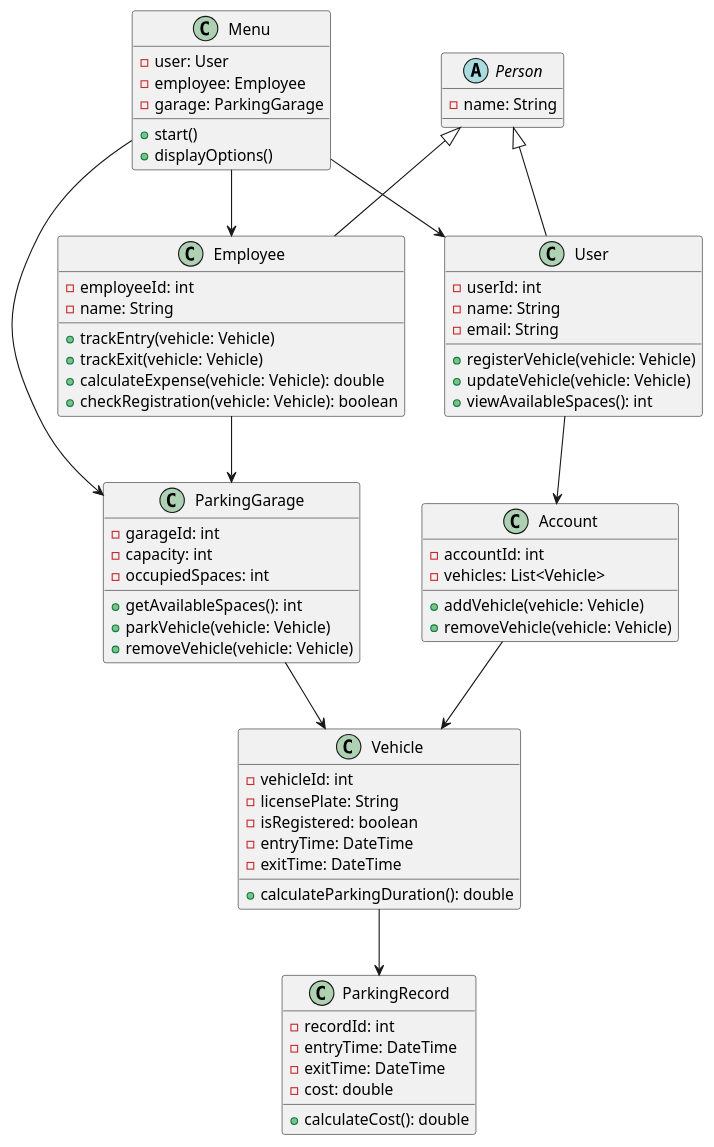
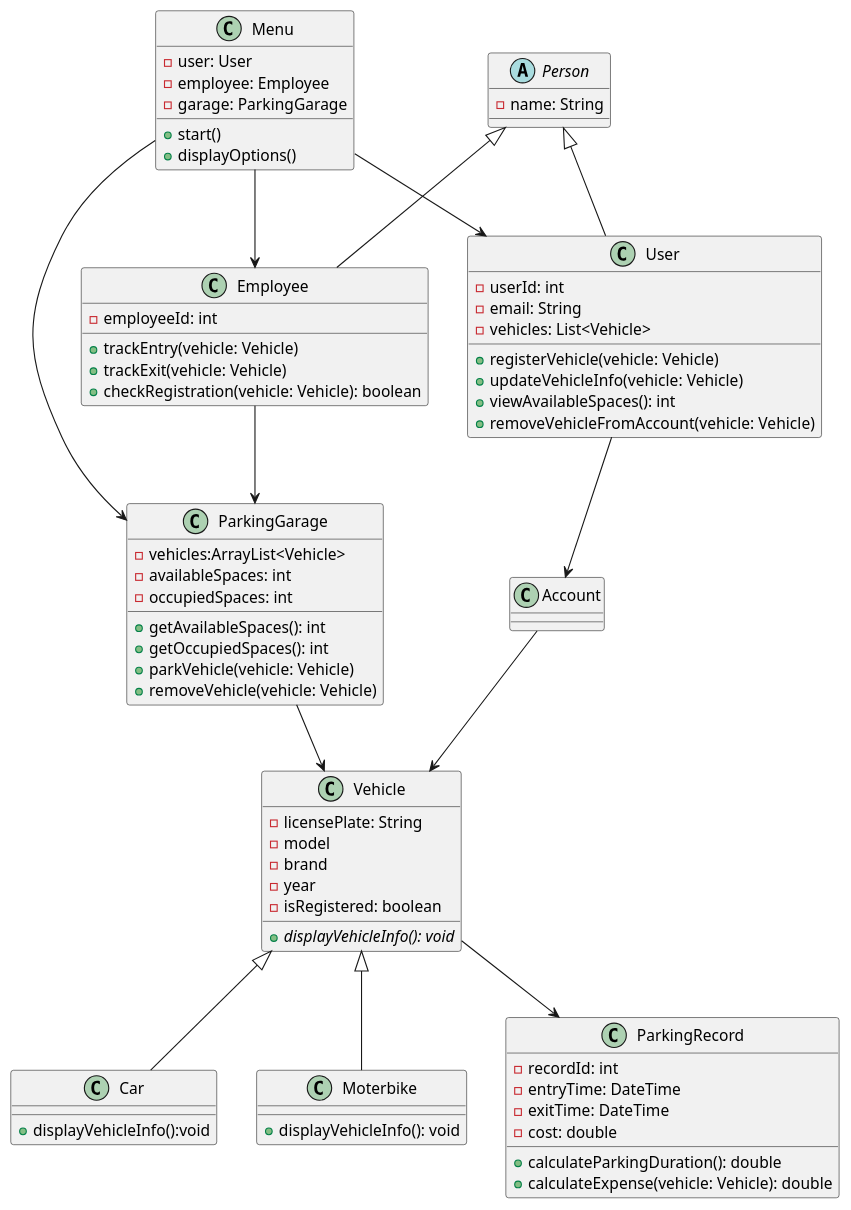
One commit to Bferg2002/Parking-Garage-Management-System changed the diagram in diagram.puml. Above: the diagram before and after it, drawn with PlantUML.

Commit message:
updated duagram

```diff
--- a/diagram.puml
+++ b/diagram.puml
@@ -1,81 +1,85 @@
 @startuml
 abstract class Person {
   - name: String
 }
 
 class Menu {
   - user: User
   - employee: Employee
   - garage: ParkingGarage
   + start()
   + displayOptions()
 }
 
 class User {
   - userId: int
-  - name: String
   - email: String
+  - vehicles: List<Vehicle>
   + registerVehicle(vehicle: Vehicle)
-  + updateVehicle(vehicle: Vehicle)
+  + updateVehicleInfo(vehicle: Vehicle)
   + viewAvailableSpaces(): int
+  + removeVehicleFromAccount(vehicle: Vehicle)
 }
 
 class Employee {
   - employeeId: int
-  - name: String
   + trackEntry(vehicle: Vehicle)
   + trackExit(vehicle: Vehicle)
-  + calculateExpense(vehicle: Vehicle): double
   + checkRegistration(vehicle: Vehicle): boolean
 }
 
 class Vehicle {
-  - vehicleId: int
   - licensePlate: String
+  - model
+  - brand
+  - year
   - isRegistered: boolean
-  - entryTime: DateTime
-  - exitTime: DateTime
-  + calculateParkingDuration(): double
+  + displayVehicleInfo(): void {abstract}
 }
 
+class Car extends Vehicle{
+    + displayVehicleInfo():void
+}
+
+class Moterbike extends Vehicle{
+    + displayVehicleInfo(): void
+}
+
+
 class ParkingGarage {
-  - garageId: int
-  - capacity: int
+  - vehicles:ArrayList<Vehicle>
+  - availableSpaces: int
   - occupiedSpaces: int
   + getAvailableSpaces(): int
+  + getOccupiedSpaces(): int
   + parkVehicle(vehicle: Vehicle)
   + removeVehicle(vehicle: Vehicle)
 }
 
 class ParkingRecord {
   - recordId: int
   - entryTime: DateTime
   - exitTime: DateTime
   - cost: double
-  + calculateCost(): double
-}
+  + calculateParkingDuration(): double
+  + calculateExpense(vehicle: Vehicle): double
 
-class Account {
-  - accountId: int
-  - vehicles: List<Vehicle>
-  + addVehicle(vehicle: Vehicle)
-  + removeVehicle(vehicle: Vehicle)
 }
 
 ' Inheritance
 Person <|-- User
 Person <|-- Employee
 
 ' Menu connects to the three active actors
 Menu --> User
 Menu --> Employee
 Menu --> ParkingGarage
 
 ' Original relationships
 User --> Account
 Account --> Vehicle
 Employee --> ParkingGarage
 ParkingGarage --> Vehicle
 Vehicle --> ParkingRecord
 
 @enduml
```
